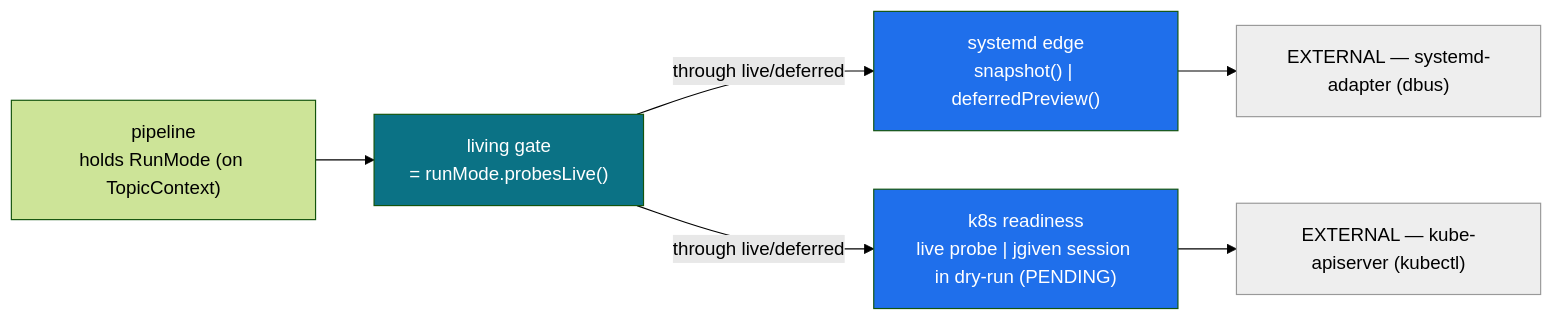
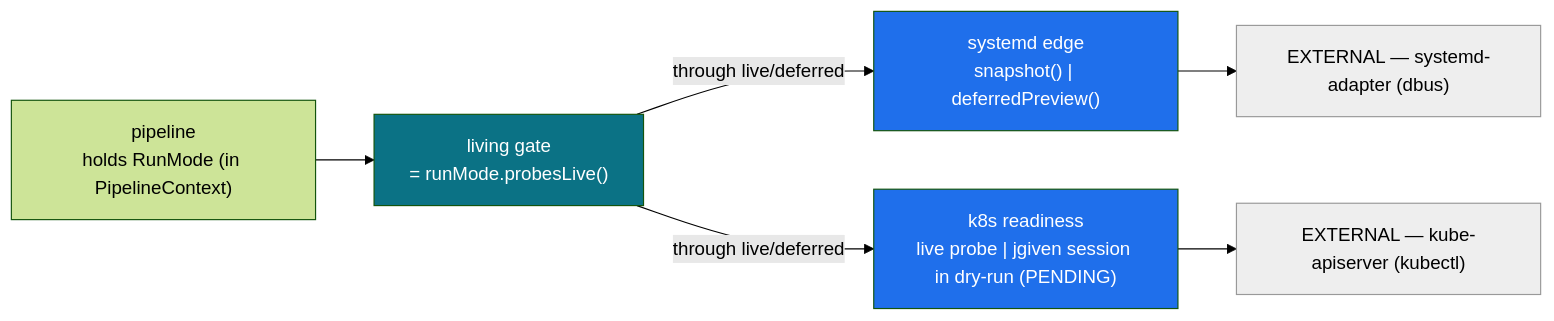
One commit to nxmatic/rke2lab changed the sixth of 7 diagrams in docs/architecture/osgi/pipeline-spec.adoc. Above: the diagram before and after it, drawn with Mermaid (forest theme). The commit also changed other lines of this file and 5 other files, not shown here.

First line of the commit message:
design(pipeline): converge State<I,O,B> + PipelineContext + sub-pipelines + topic natures

```diff
--- a/docs/architecture/osgi/pipeline-spec.adoc
+++ b/docs/architecture/osgi/pipeline-spec.adoc
@@ -635,15 +642,15 @@
 [mermaid]
 ....
 flowchart LR
-  P["pipeline<br/>holds RunMode (on TopicContext)"] --> G["living gate<br/>= runMode.probesLive()"]
+  P["pipeline<br/>holds RunMode (in PipelineContext)"] --> G["living gate<br/>= runMode.probesLive()"]
   G -->|through live/deferred| S["systemd edge<br/>snapshot() | deferredPreview()"]
   G -->|through live/deferred| K["k8s readiness<br/>live probe | jgiven session in dry-run (PENDING)"]
   S --> world1["EXTERNAL — systemd-adapter (dbus)"]
   K --> world2["EXTERNAL — kube-apiserver (kubectl)"]
   classDef hub fill:#0b7285,color:#fff;
   classDef dom fill:#1f6feb,color:#fff;
   classDef w fill:#eee,stroke:#999;
   class G hub
   class S,K dom
   class world1,world2 w
 ....
```
